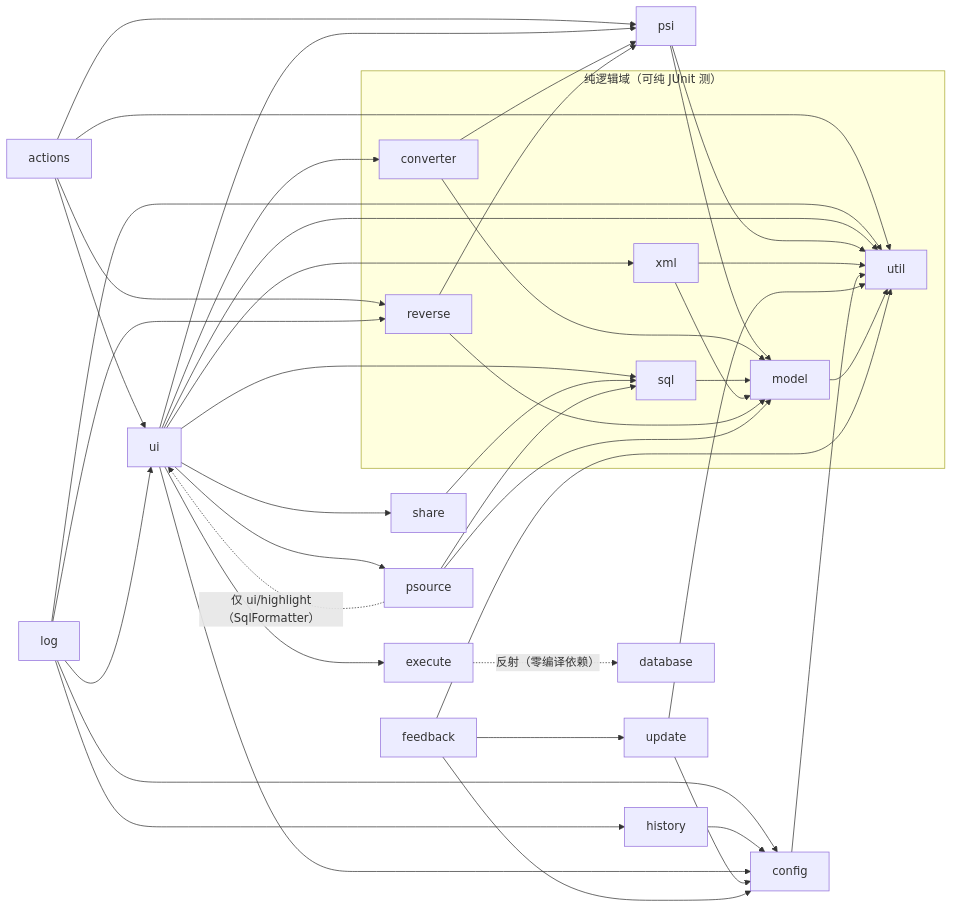
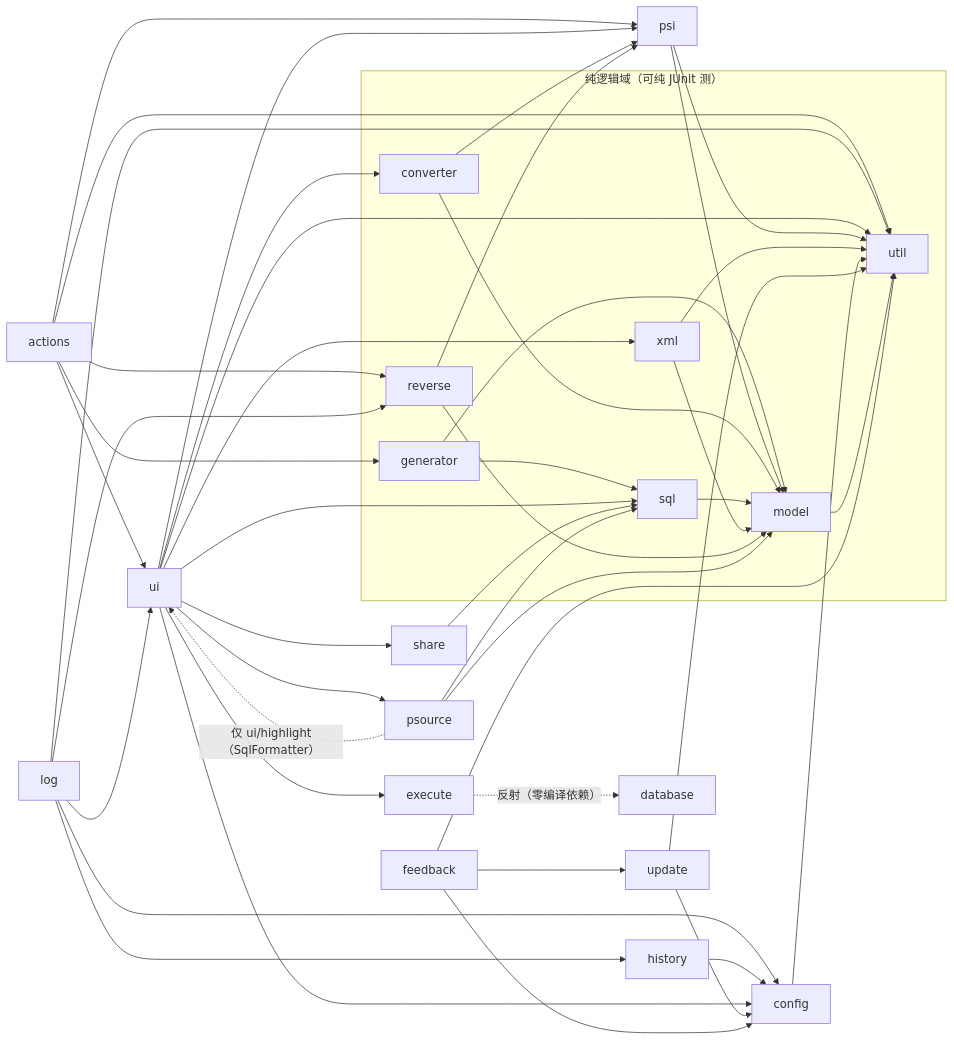
One commit to JayF211/mybatis-plus-sql-visualizer changed the third of 5 diagrams in docs/架构设计/01-项目架构总览.md. Above: the diagram before and after it, drawn with Mermaid. The commit also changed other lines of this file and 3 other files, not shown here.

````diff
--- a/docs/架构设计/01-项目架构总览.md
+++ b/docs/架构设计/01-项目架构总览.md
@@ -140,52 +146,56 @@
 ```mermaid
 flowchart LR
     actions --> ui
     actions --> reverse
     actions --> psi
     actions --> util
+    actions --> generator
+    generator --> model
+    generator --> sql
     log --> ui
     log --> reverse
     log --> history
     log --> config
     log --> util
     history --> config
     ui --> psi
     ui --> converter
     ui --> sql
     ui --> xml
     ui --> execute
     ui --> share
     ui --> config
     ui --> util
     psi --> model
     psi --> util
     converter --> model
     converter --> psi
     sql --> model
     xml --> model
     xml --> util
     reverse --> model
     reverse --> psi
     execute -. "反射（零编译依赖）" .-> database
     config --> util
     update --> config
     update --> util
     model --> util
     share --> sql
     psource --> model
     psource --> sql
     psource -. "仅 ui/highlight（SqlFormatter）" .-> ui
     ui --> psource
     feedback --> config
     feedback --> update
     feedback --> util
 
     subgraph 纯逻辑域["纯逻辑域（可纯 JUnit 测）"]
         model
         converter
         sql
         xml
         reverse
+        generator
         util
     end
 ```
````
